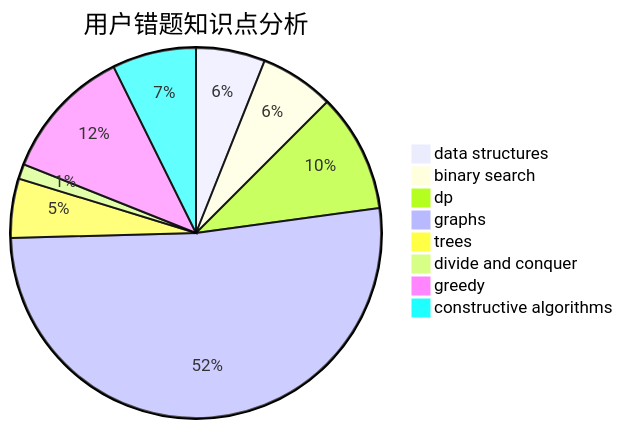
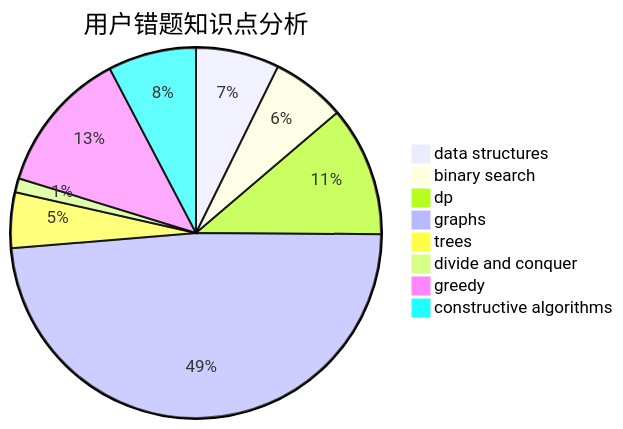
Before and after one commit to sherpahu/cfrs.github.io: the third of 3 diagrams in docs/user/u2542.md, drawn with Mermaid. The commit also changed other lines of this file and 2770 other files, not shown here.

````diff
--- a/docs/user/u2542.md
+++ b/docs/user/u2542.md
@@ -36,11 +36,11 @@
 ```mermaid
 pie title 用户错题知识点分析
-    "data structures" :  14
-    "binary search" :  15
-    "dp" :  24
+    "data structures" :  18
+    "binary search" :  16
+    "dp" :  28
     "graphs" :  120
     "trees" :  12
     "divide and conquer" :  3
-    "greedy" :  27
-    "constructive algorithms" :  17
+    "greedy" :  31
+    "constructive algorithms" :  19
 ```
````
